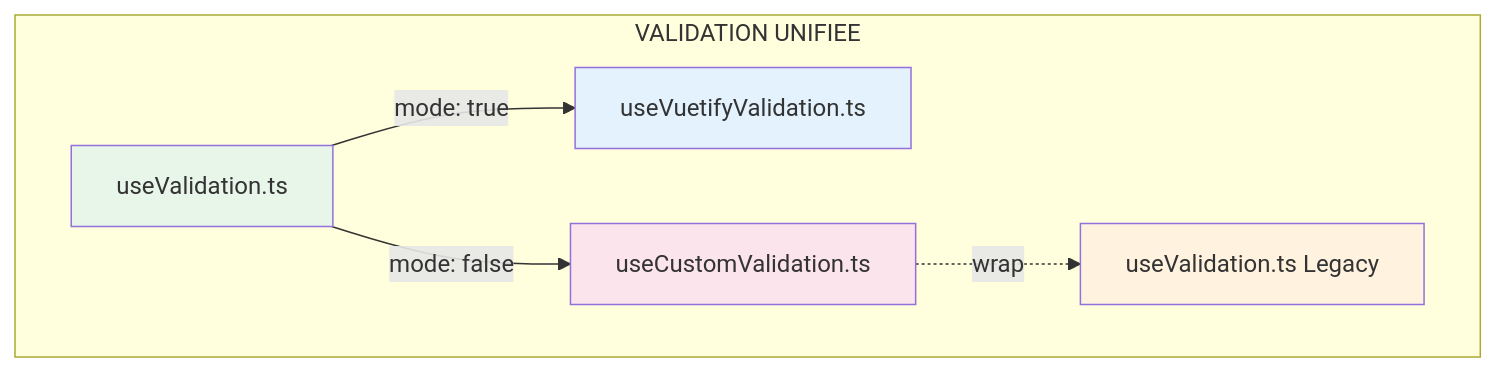
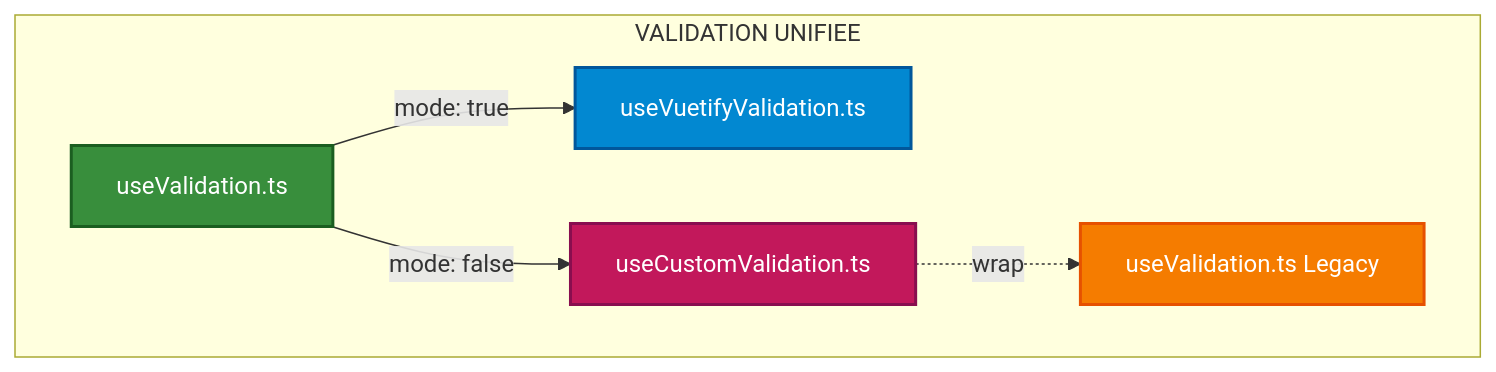
Before and after one commit to assurance-maladie-digital/design-system-v3: the fourth of 9 diagrams in VALIDATION_SYSTEM_GUIDE.md, drawn with Mermaid. The commit also changed other lines of this file, not shown here.

````diff
--- a/VALIDATION_SYSTEM_GUIDE.md
+++ b/VALIDATION_SYSTEM_GUIDE.md
@@ -113,19 +113,19 @@
 ```mermaid
 flowchart TB
     subgraph Unified["VALIDATION UNIFIEE"]
         Entry["useValidation.ts"]
 
         Vuetify["useVuetifyValidation.ts"]
         Custom["useCustomValidation.ts"]
         UV_Legacy["useValidation.ts Legacy"]
     end
 
     Entry -->|mode: true| Vuetify
     Entry -->|mode: false| Custom
     Custom -.->|wrap| UV_Legacy
 
-    style Entry fill:#e8f5e9
-    style Vuetify fill:#e3f2fd
-    style Custom fill:#fce4ec
-    style UV_Legacy fill:#fff3e0
+    style Entry fill:#388e3c,color:#fff,stroke:#1b5e20,stroke-width:2px
+    style Vuetify fill:#0288d1,color:#fff,stroke:#01579b,stroke-width:2px
+    style Custom fill:#c2185b,color:#fff,stroke:#880e4f,stroke-width:2px
+    style UV_Legacy fill:#f57c00,color:#fff,stroke:#e65100,stroke-width:2px
 ```
````
